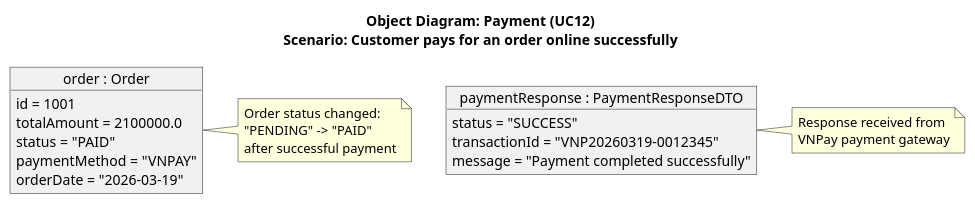
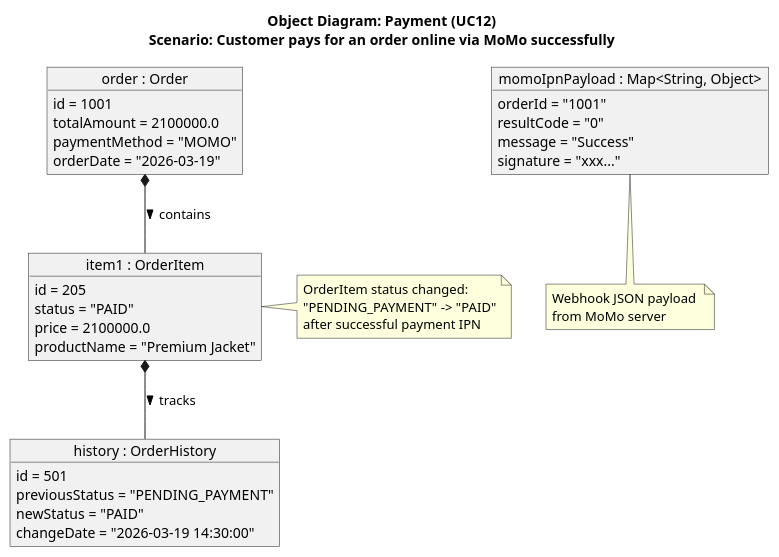
The diagram in src/main/java/org/example/fashionstoresystem/uml/Object/OD12_Payment.puml (Peterdir/fashion-store-system), drawn with PlantUML before and after one commit. The commit also changed 31 other files, not shown here.

Commit message:
Update uml

```diff
--- a/src/main/java/org/example/fashionstoresystem/uml/Object/OD12_Payment.puml
+++ b/src/main/java/org/example/fashionstoresystem/uml/Object/OD12_Payment.puml
@@ -1,31 +1,50 @@
 @startuml
-title Object Diagram: Payment (UC12)\nScenario: Customer pays for an order online successfully
+title Object Diagram: Payment (UC12)\nScenario: Customer pays for an order online via MoMo successfully
 
-' Entity - Order before and after payment
+' Entity - Order
 object "order : Order" as order {
     id = 1001
     totalAmount = 2100000.0
-    status = "PAID"
-    paymentMethod = "VNPAY"
+    paymentMethod = "MOMO"
     orderDate = "2026-03-19"
 }
 
-' Response from Payment Gateway
-object "paymentResponse : PaymentResponseDTO" as res {
-    status = "SUCCESS"
-    transactionId = "VNP20260319-0012345"
-    message = "Payment completed successfully"
+' Entity - Order Item
+object "item1 : OrderItem" as item1 {
+    id = 205
+    status = "PAID"
+    price = 2100000.0
+    productName = "Premium Jacket"
 }
 
-note right of order
-    Order status changed:
-    "PENDING" -> "PAID"
-    after successful payment
+' Entity - Order History
+object "history : OrderHistory" as history {
+    id = 501
+    previousStatus = "PENDING_PAYMENT"
+    newStatus = "PAID"
+    changeDate = "2026-03-19 14:30:00"
+}
+
+' External Payload (IPN Map)
+object "momoIpnPayload : Map<String, Object>" as payload {
+    orderId = "1001"
+    resultCode = "0"
+    message = "Success"
+    signature = "xxx..."
+}
+
+order *-- item1 : contains >
+item1 *-- history : tracks >
+
+note right of item1
+    OrderItem status changed:
+    "PENDING_PAYMENT" -> "PAID"
+    after successful payment IPN
 end note
 
-note right of res
-    Response received from
-    VNPay payment gateway
+note bottom of payload
+    Webhook JSON payload 
+    from MoMo server
 end note
 
 @enduml
```
